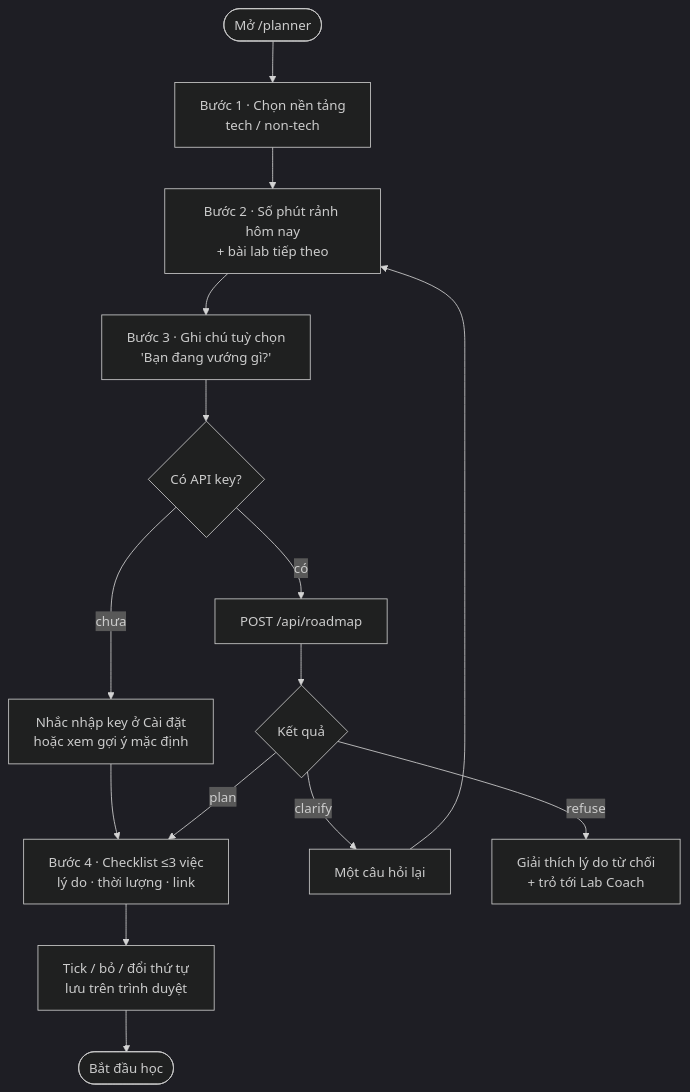
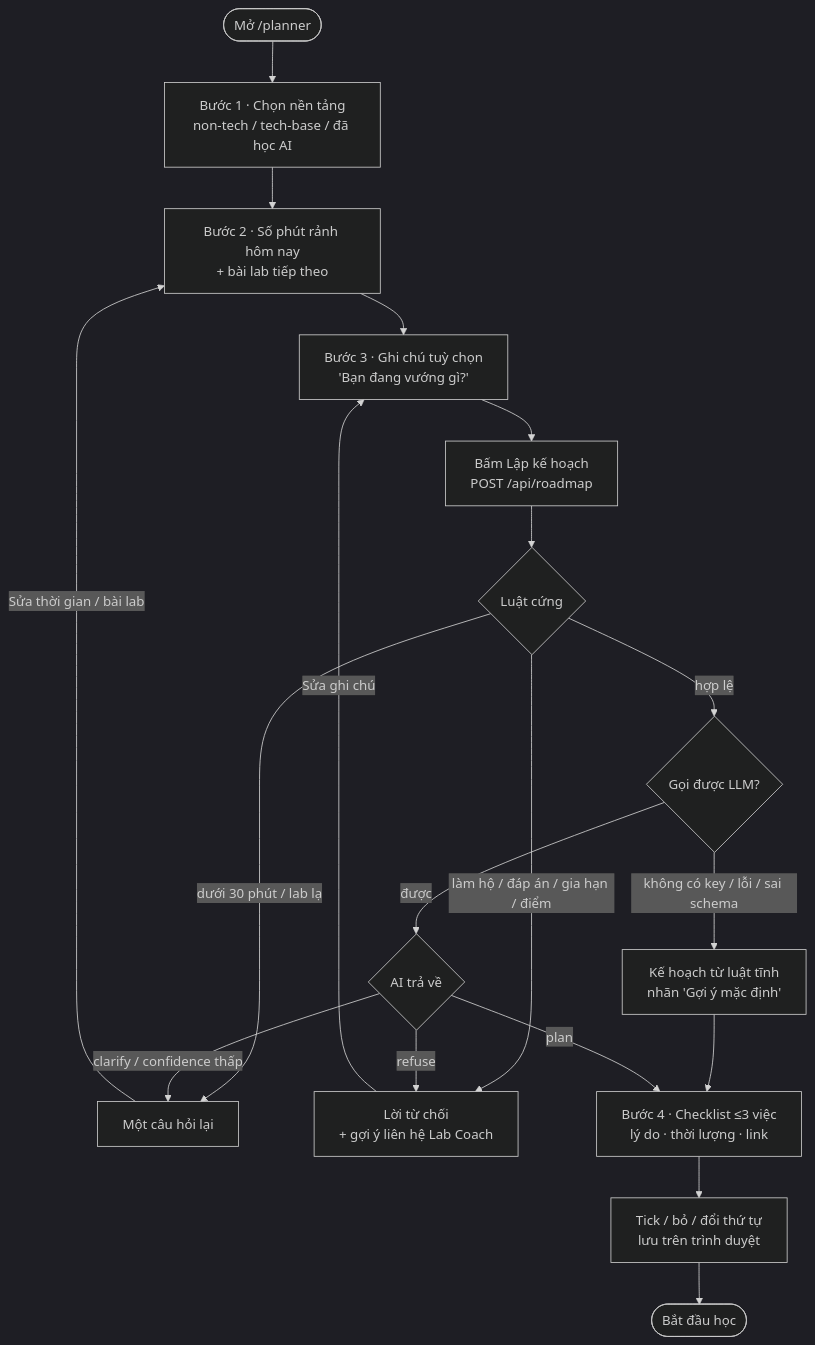
Before and after one commit to Dokhacgiakhoa/K4-3A-e403-Vinonymus: the first of 3 diagrams in README.md, drawn with Mermaid (dark theme). The commit also changed other lines of this file and 9 other files, not shown here.

````diff
--- a/README.md
+++ b/README.md
@@ -58,16 +59,19 @@
 ```mermaid
 flowchart TD
-    A([Mở /planner]) --> B[Bước 1 · Chọn nền tảng<br/>tech / non-tech]
+    A([Mở /planner]) --> B[Bước 1 · Chọn nền tảng<br/>non-tech / tech-base / đã học AI]
     B --> C[Bước 2 · Số phút rảnh hôm nay<br/>+ bài lab tiếp theo]
     C --> D[Bước 3 · Ghi chú tuỳ chọn<br/>'Bạn đang vướng gì?']
-    D --> E{Có API key?}
-    E -- chưa --> K[Nhắc nhập key ở Cài đặt<br/>hoặc xem gợi ý mặc định]
+    D --> F[Bấm Lập kế hoạch<br/>POST /api/roadmap]
+    F --> R{Luật cứng}
+    R -- dưới 30 phút / lab lạ --> H
+    R -- làm hộ / đáp án / gia hạn / điểm --> I
+    R -- hợp lệ --> E{Gọi được LLM?}
+    E -- không có key / lỗi / sai schema --> K[Kế hoạch từ luật tĩnh<br/>nhãn 'Gợi ý mặc định']
     K --> G
-    E -- có --> F[POST /api/roadmap]
-    F --> S{Kết quả}
+    E -- được --> S{AI trả về}
     S -- plan --> G[Bước 4 · Checklist ≤3 việc<br/>lý do · thời lượng · link]
-    S -- clarify --> H[Một câu hỏi lại] --> C
-    S -- refuse --> I[Giải thích lý do từ chối<br/>+ trỏ tới Lab Coach]
+    S -- clarify / confidence thấp --> H[Một câu hỏi lại] -- Sửa thời gian / bài lab --> C
+    S -- refuse --> I[Lời từ chối<br/>+ gợi ý liên hệ Lab Coach] -- Sửa ghi chú --> D
     G --> J[Tick / bỏ / đổi thứ tự<br/>lưu trên trình duyệt]
     J --> Z([Bắt đầu học])
 ```
````
